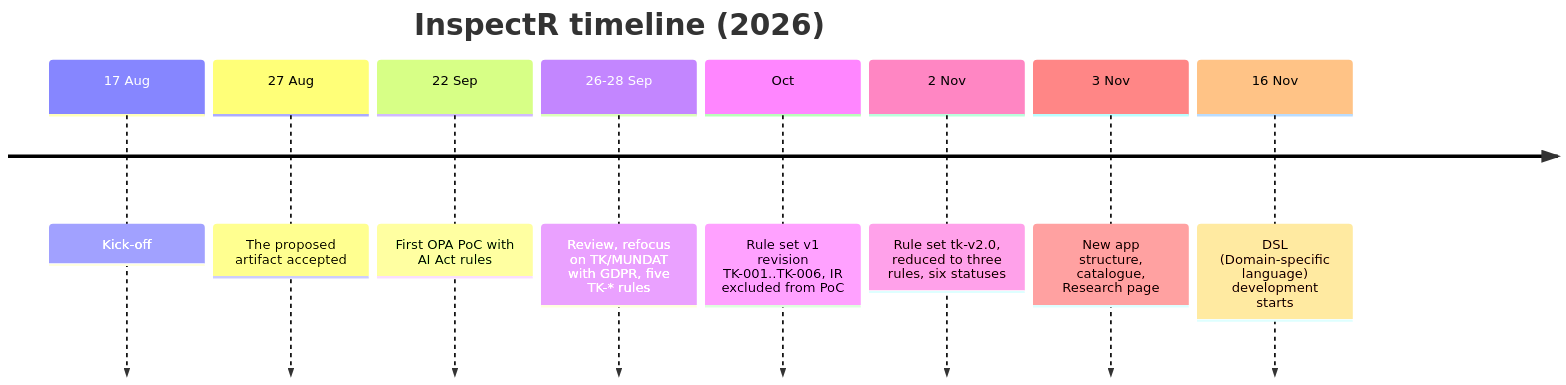
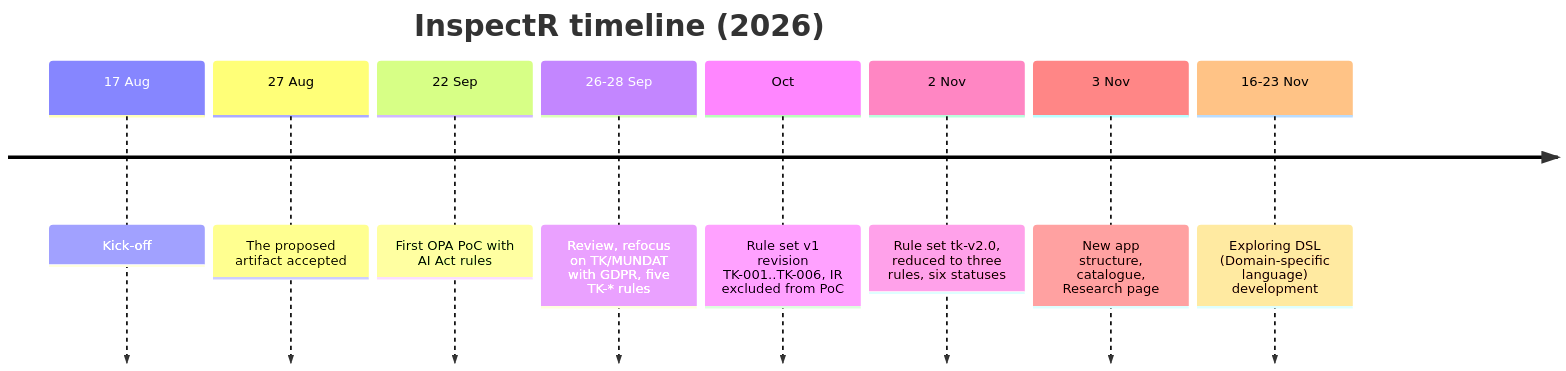
Before and after one commit to sirin-koca/InspectR-Final: the first of 2 diagrams in README.md, drawn with Mermaid.

Commit message:
Revise DSL development timeline and add research question
Updated the timeline for DSL development and added a research question.

````diff
--- a/README.md
+++ b/README.md
@@ -11,12 +11,13 @@
 ```mermaid
 timeline
     title InspectR timeline (2026)
   17 Aug : Kick-off
   27 Aug : The proposed artifact accepted
   22 Sep : First OPA PoC with AI Act rules
   26-28 Sep : Review, refocus on TK/MUNDAT with GDPR, five TK-* rules
   Oct : Rule set v1 revision TK-001..TK-006, IR excluded from PoC
   2 Nov : Rule set tk-v2.0, reduced to three rules, six statuses
   3 Nov : New app structure, catalogue, Research page
-  16 Nov : DSL (Domain-specific language) development starts
+  16-23 Nov : Exploring DSL (Domain-specific language) development 
+  
 ```
````
